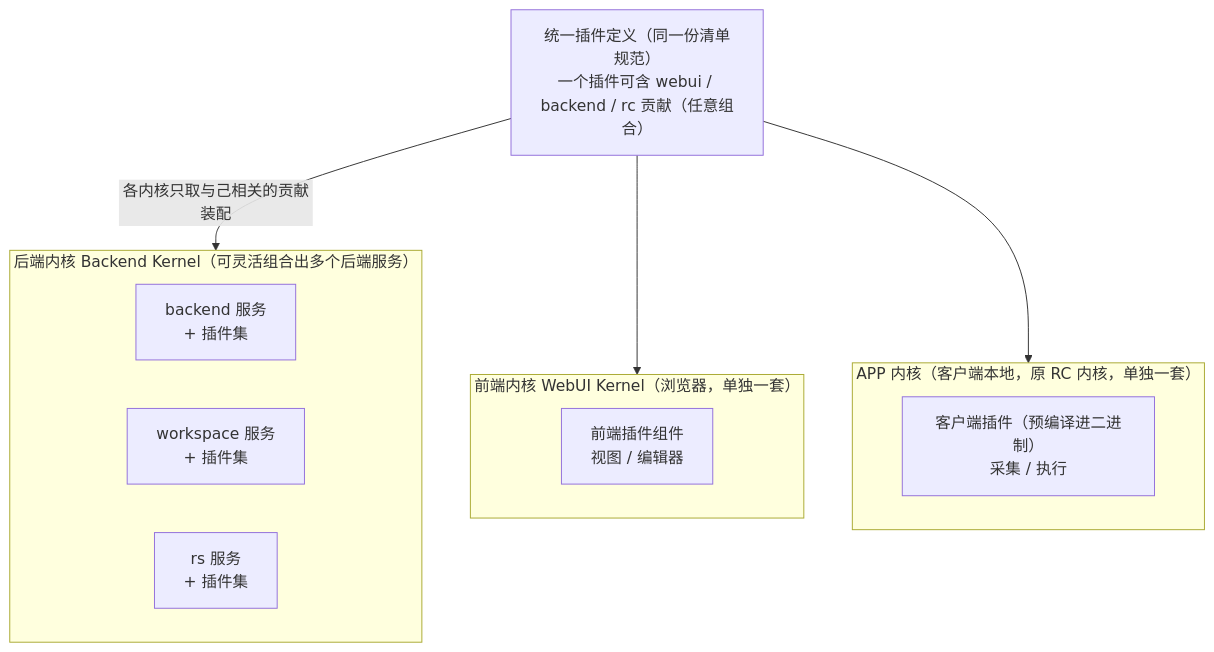
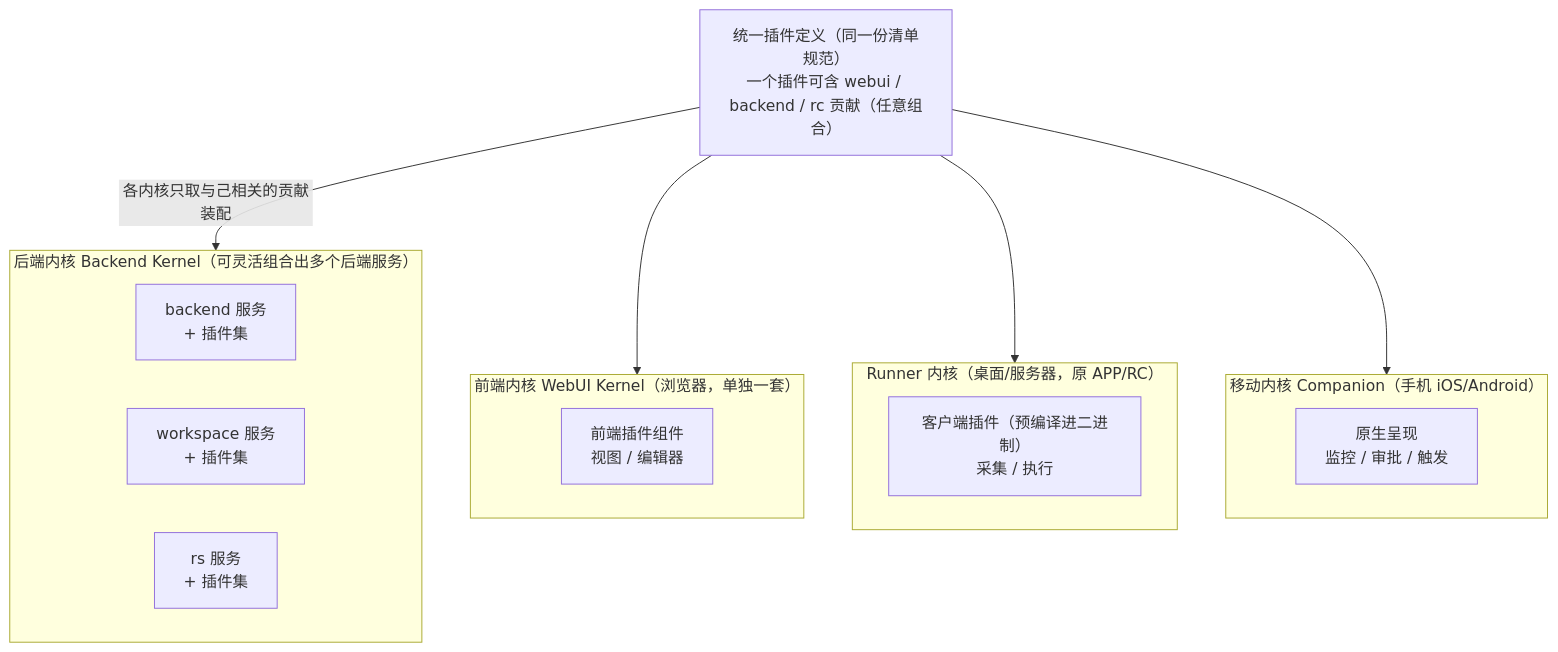
The first of 5 diagrams in docs/dev/architecture/系统架构.md (yandt/VastPlan), drawn with Mermaid before and after one commit. The commit also changed other lines of this file and 6 other files, not shown here.

First line of the commit message:
docs: 内核由三扩为四（ADR-0014）——拆出 Runner 内核与移动 Companion 内核

````diff
--- a/docs/dev/architecture/系统架构.md
+++ b/docs/dev/architecture/系统架构.md
@@ -76,23 +77,29 @@
 ```mermaid
 flowchart TB
   DEF["统一插件定义（同一份清单规范）<br/>一个插件可含 webui / backend / rc 贡献（任意组合）"]
 
   DEF -->|各内核只取与己相关的贡献装配| BK
   DEF --> WK
   DEF --> RK
 
   subgraph BK["后端内核 Backend Kernel（可灵活组合出多个后端服务）"]
     direction LR
     B1["backend 服务<br/>+ 插件集"]
     B2["workspace 服务<br/>+ 插件集"]
     B3["rs 服务<br/>+ 插件集"]
   end
 
   subgraph WK["前端内核 WebUI Kernel（浏览器，单独一套）"]
     W1["前端插件组件<br/>视图 / 编辑器"]
   end
 
-  subgraph RK["APP 内核（客户端本地，原 RC 内核，单独一套）"]
+  subgraph RK["Runner 内核（桌面/服务器，原 APP/RC）"]
     R1["客户端插件（预编译进二进制）<br/>采集 / 执行"]
   end
+
+  subgraph MK["移动内核 Companion（手机 iOS/Android）"]
+    M1["原生呈现<br/>监控 / 审批 / 触发"]
+  end
+
+  DEF --> MK
 ```
````
